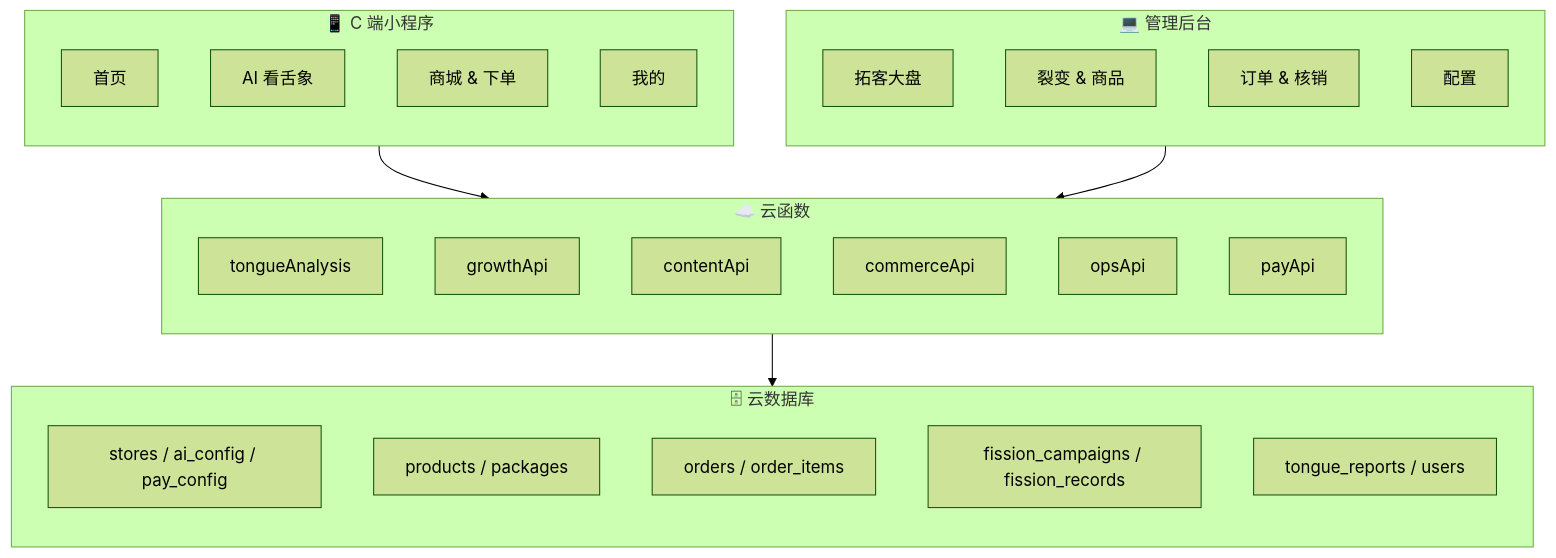
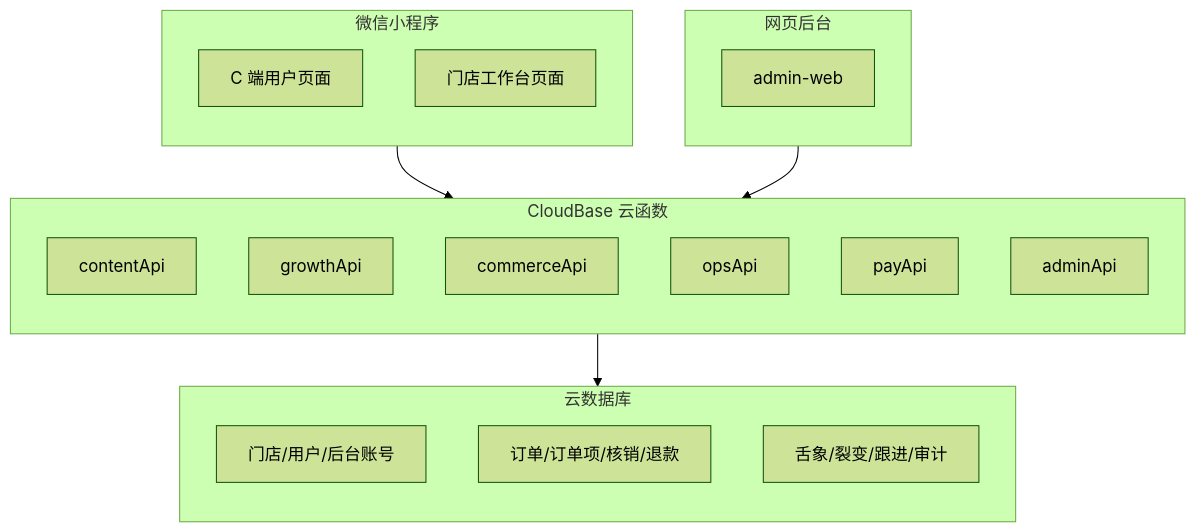
One commit to jngong-collab/miniapp-growth-v2-open changed the diagram in docs/implementation_plan.md. Above: the diagram before and after it, drawn with Mermaid (forest theme). The commit also changed other lines of this file and 5 other files, not shown here.

````diff
--- a/docs/implementation_plan.md
+++ b/docs/implementation_plan.md
@@ -7,40 +8,34 @@
 ```mermaid
 graph TB
-    subgraph C["📱 C 端小程序"]
+    subgraph MP["微信小程序"]
         direction TB
-        C1["首页"]
-        C2["AI 看舌象"]
-        C3["商城 & 下单"]
-        C4["我的"]
+        MP1["C 端用户页面"]
+        MP2["门店工作台页面"]
     end
 
-    subgraph CF["☁️ 云函数"]
+    subgraph CF["CloudBase 云函数"]
         direction TB
-        CF1["tongueAnalysis"]
+        CF1["contentApi"]
         CF2["growthApi"]
-        CF3["contentApi"]
-        CF4["commerceApi"]
-        CF5["opsApi"]
-        CF6["payApi"]
+        CF3["commerceApi"]
+        CF4["opsApi"]
+        CF5["payApi"]
+        CF6["adminApi"]
     end
 
-    subgraph DB["🗄 云数据库"]
+    subgraph DB["云数据库"]
         direction TB
-        DB1["stores / ai_config / pay_config"]
-        DB2["products / packages"]
-        DB3["orders / order_items"]
-        DB4["fission_campaigns / fission_records"]
-        DB5["tongue_reports / users"]
+        DB1["门店/用户/后台账号"]
+        DB2["商品/套餐/活动"]
+        DB2["订单/订单项/核销/退款"]
+        DB3["舌象/裂变/跟进/审计"]
     end
 
-    subgraph A["💻 管理后台"]
+    subgraph WEB["网页后台"]
         direction TB
-        A1["拓客大盘"]
-        A2["裂变 & 商品"]
-        A3["订单 & 核销"]
-        A4["配置"]
+        WEB1["admin-web"]
     end
 
-    C --> CF --> DB
-    A --> CF
+    MP --> CF --> DB
+    WEB --> CF
 ```
````
